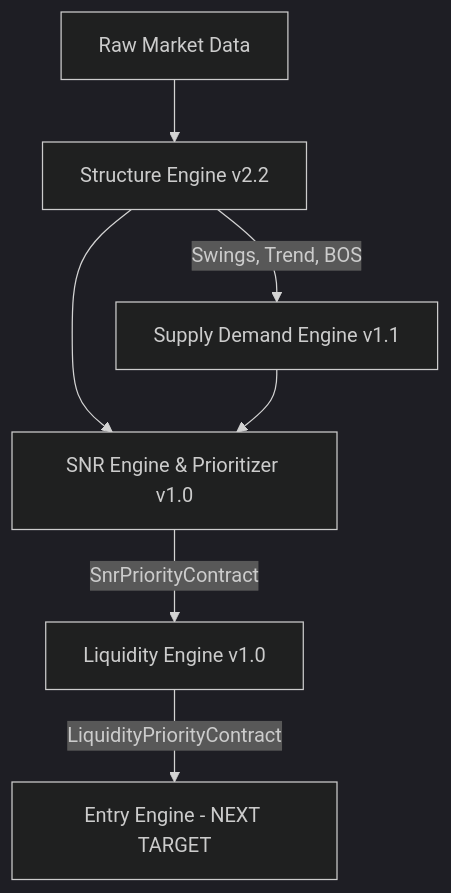
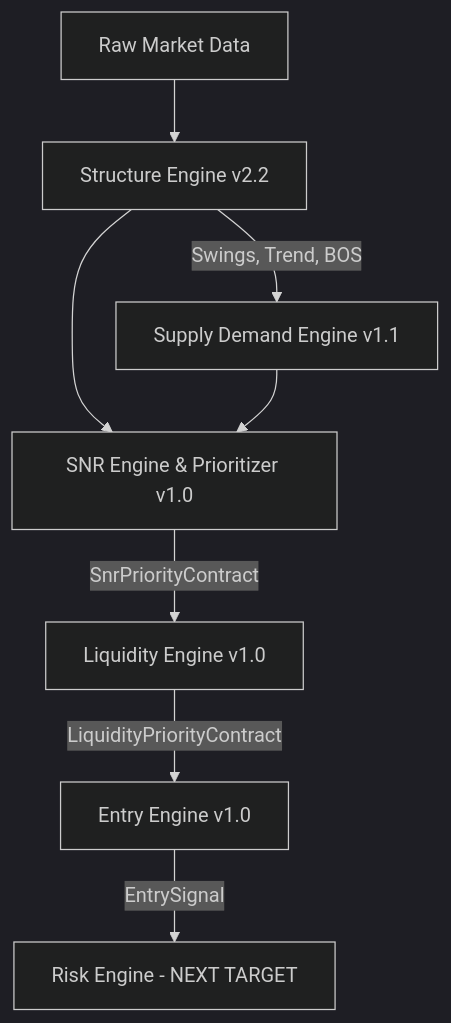
The diagram in docs/checkpoints/HANDOVER_FOR_NEXT_AGENT.md (Mrizalfahlepi/xauusd_chatgpt), drawn with Mermaid (dark theme) before and after one commit. The commit also changed other lines of this file and 18 other files, not shown here.

Commit message:
feat(phase5b): complete Phase 5B validation and freeze Variant D Entry Engine

````diff
--- a/docs/checkpoints/HANDOVER_FOR_NEXT_AGENT.md
+++ b/docs/checkpoints/HANDOVER_FOR_NEXT_AGENT.md
@@ -15,8 +21,9 @@
 ```mermaid
 graph TD
     PriceData[Raw Market Data] --> M1[Structure Engine v2.2]
     M1 -->|Swings, Trend, BOS| M2[Supply Demand Engine v1.1]
     M1 & M2 --> M3[SNR Engine & Prioritizer v1.0]
     M3 -->|SnrPriorityContract| M4[Liquidity Engine v1.0]
-    M4 -->|LiquidityPriorityContract| M5[Entry Engine - NEXT TARGET]
+    M4 -->|LiquidityPriorityContract| M5[Entry Engine v1.0]
+    M5 -->|EntrySignal| M6[Risk Engine - NEXT TARGET]
 ```
````
